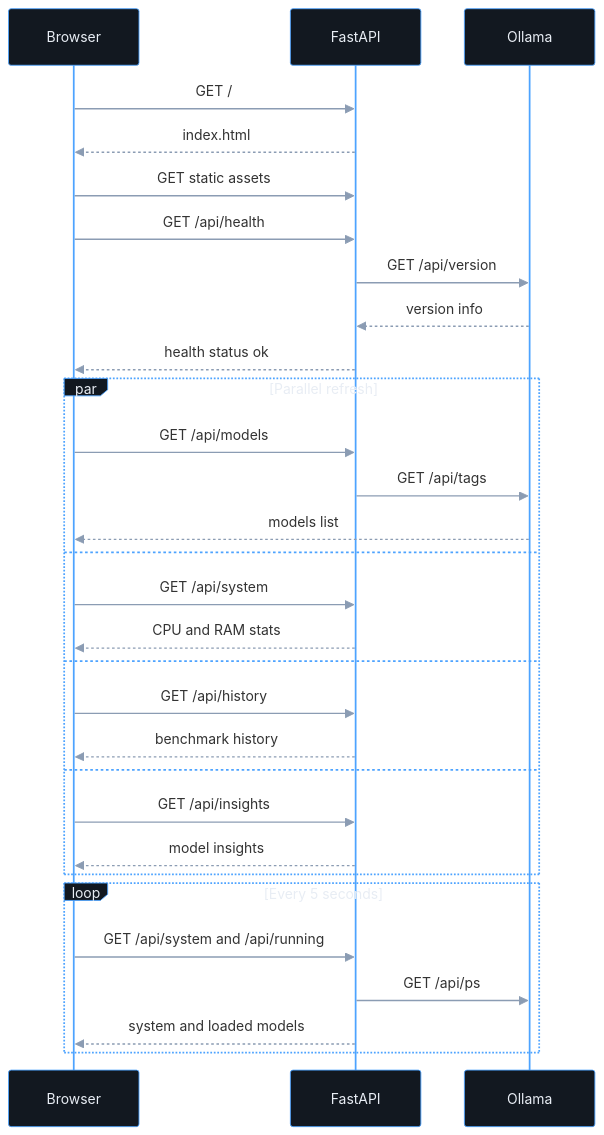
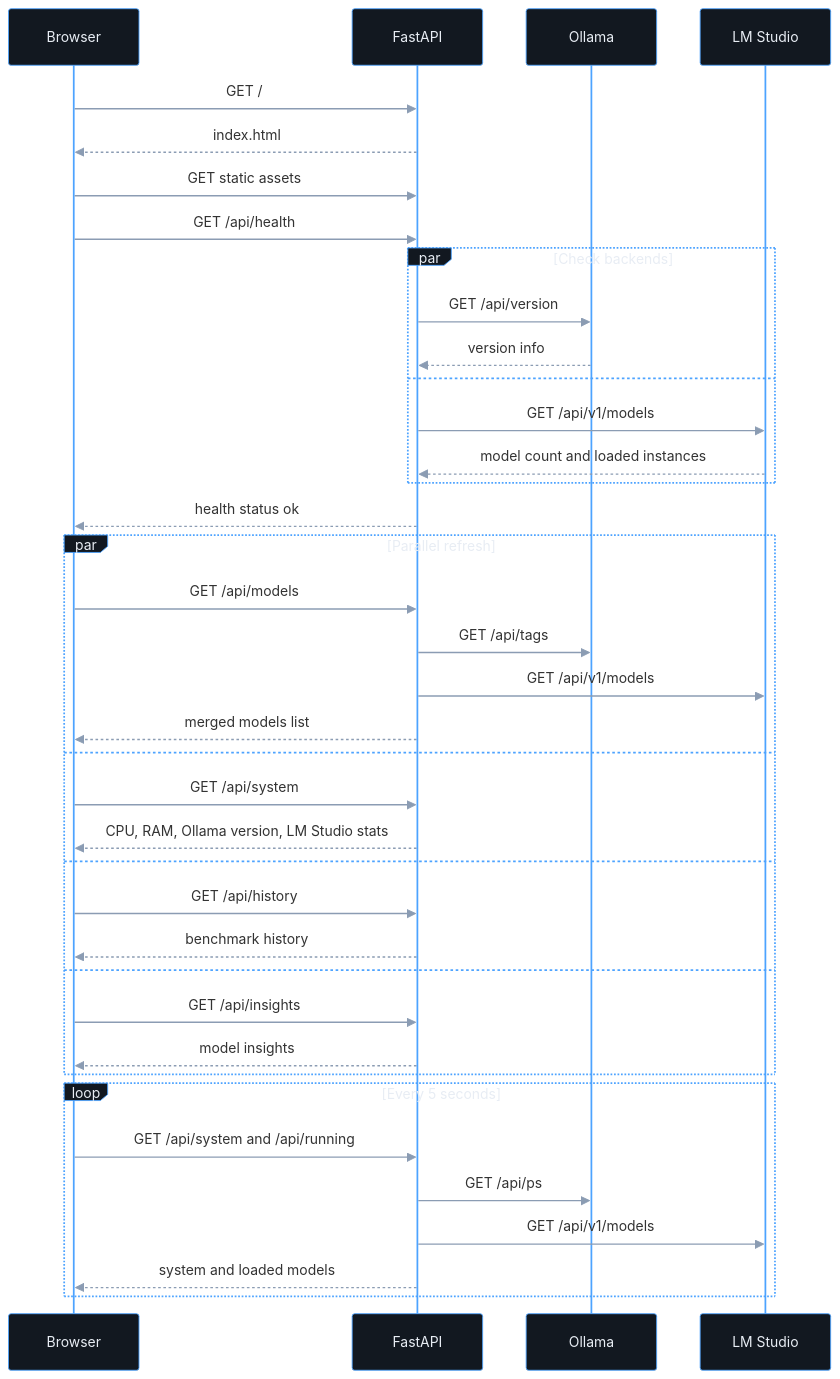
Before and after one commit to vampokala/llm-dashboard: the sixth of 12 diagrams in DOCUMENTATION.md, drawn with Mermaid. The commit also changed other lines of this file and 3 other files, not shown here.

````diff
--- a/DOCUMENTATION.md
+++ b/DOCUMENTATION.md
@@ -385,37 +426,45 @@
 ```mermaid
 %%{init: {"theme": "base", "themeVariables": {"actorBkg": "#121820", "actorBorder": "#4da3ff", "actorTextColor": "#e8edf4", "signalColor": "#8b9cb3", "noteBkgColor": "#1a2230", "noteTextColor": "#e8edf4", "activationBkgColor": "#1a2230"}}}%%
 sequenceDiagram
     participant Browser
     participant API as FastAPI
     participant Ollama
+    participant LMS as LM Studio
 
     Browser->>API: GET /
     API-->>Browser: index.html
 
     Browser->>API: GET static assets
     Browser->>API: GET /api/health
-    API->>Ollama: GET /api/version
-    Ollama-->>API: version info
+    par Check backends
+        API->>Ollama: GET /api/version
+        Ollama-->>API: version info
+    and
+        API->>LMS: GET /api/v1/models
+        LMS-->>API: model count and loaded instances
+    end
     API-->>Browser: health status ok
 
     par Parallel refresh
         Browser->>API: GET /api/models
         API->>Ollama: GET /api/tags
-        Ollama-->>Browser: models list
+        API->>LMS: GET /api/v1/models
+        API-->>Browser: merged models list
     and
         Browser->>API: GET /api/system
-        API-->>Browser: CPU and RAM stats
+        API-->>Browser: CPU, RAM, Ollama version, LM Studio stats
     and
         Browser->>API: GET /api/history
         API-->>Browser: benchmark history
     and
         Browser->>API: GET /api/insights
         API-->>Browser: model insights
     end
 
     loop Every 5 seconds
         Browser->>API: GET /api/system and /api/running
         API->>Ollama: GET /api/ps
+        API->>LMS: GET /api/v1/models
         API-->>Browser: system and loaded models
     end
 ```
````
